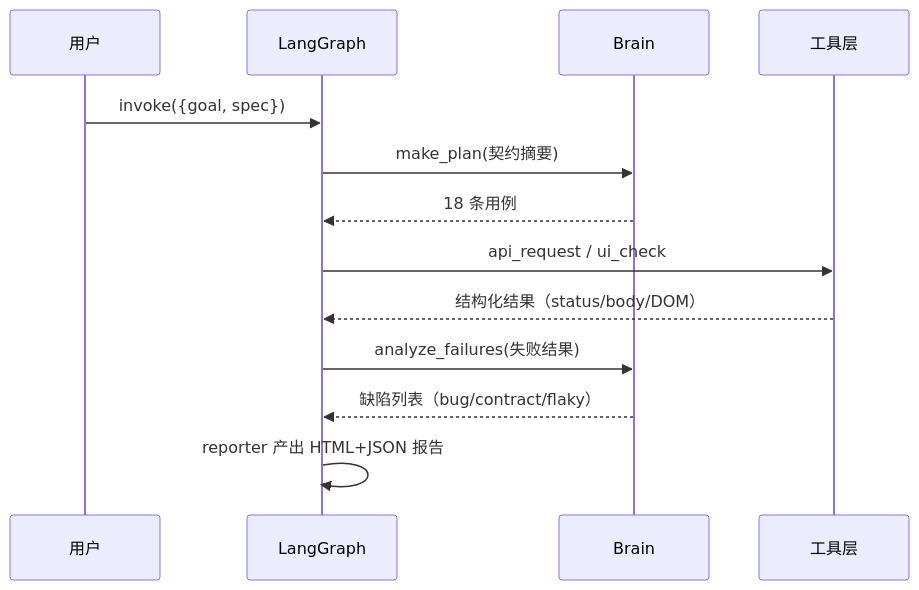
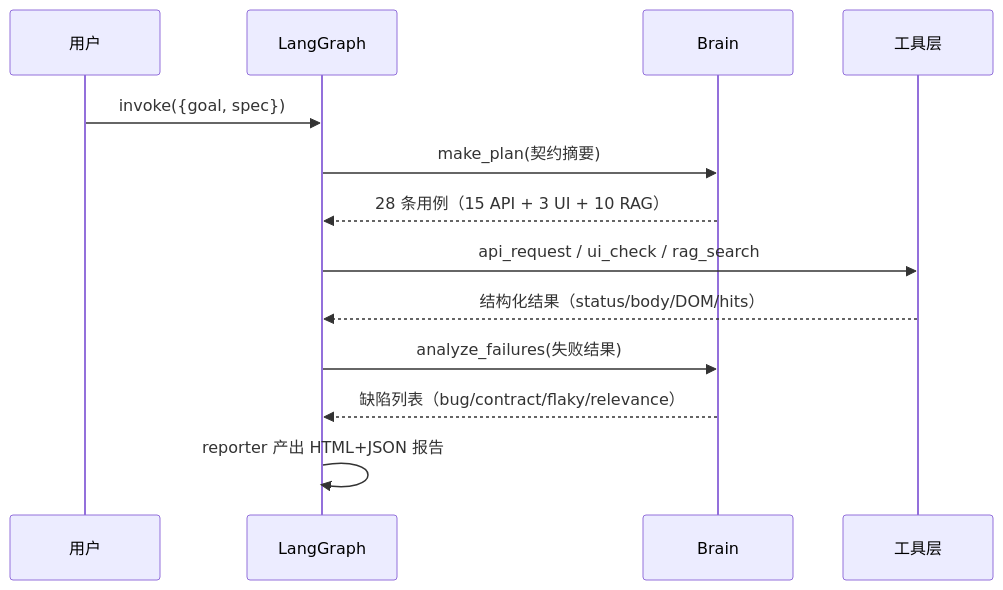
Before and after one commit to lefan17/agent-test-hub: the second of 2 diagrams in README.md, drawn with Mermaid. The commit also changed other lines of this file and 19 other files, not shown here.

````diff
--- a/README.md
+++ b/README.md
@@ -123,15 +214,15 @@
 ```mermaid
 sequenceDiagram
     participant U as 用户
     participant G as LangGraph
     participant B as Brain
     participant T as 工具层
     U->>G: invoke({goal, spec})
     G->>B: make_plan(契约摘要)
-    B-->>G: 18 条用例
-    G->>T: api_request / ui_check
-    T-->>G: 结构化结果（status/body/DOM）
+    B-->>G: 28 条用例（15 API + 3 UI + 10 RAG）
+    G->>T: api_request / ui_check / rag_search
+    T-->>G: 结构化结果（status/body/DOM/hits）
     G->>B: analyze_failures(失败结果)
-    B-->>G: 缺陷列表（bug/contract/flaky）
+    B-->>G: 缺陷列表（bug/contract/flaky/relevance）
     G->>G: reporter 产出 HTML+JSON 报告
 ```
````
